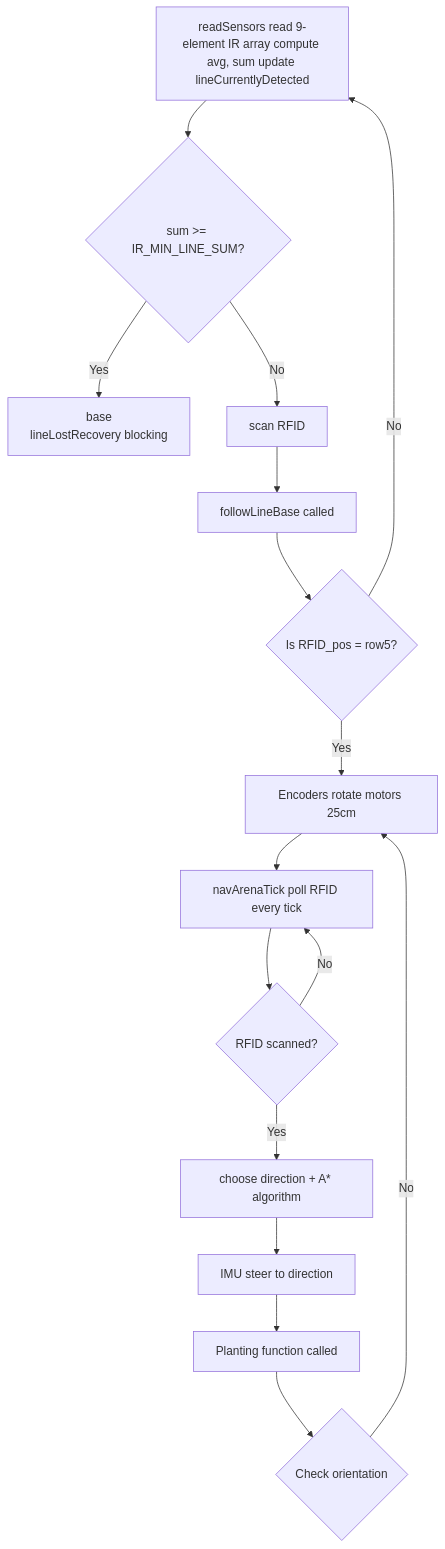
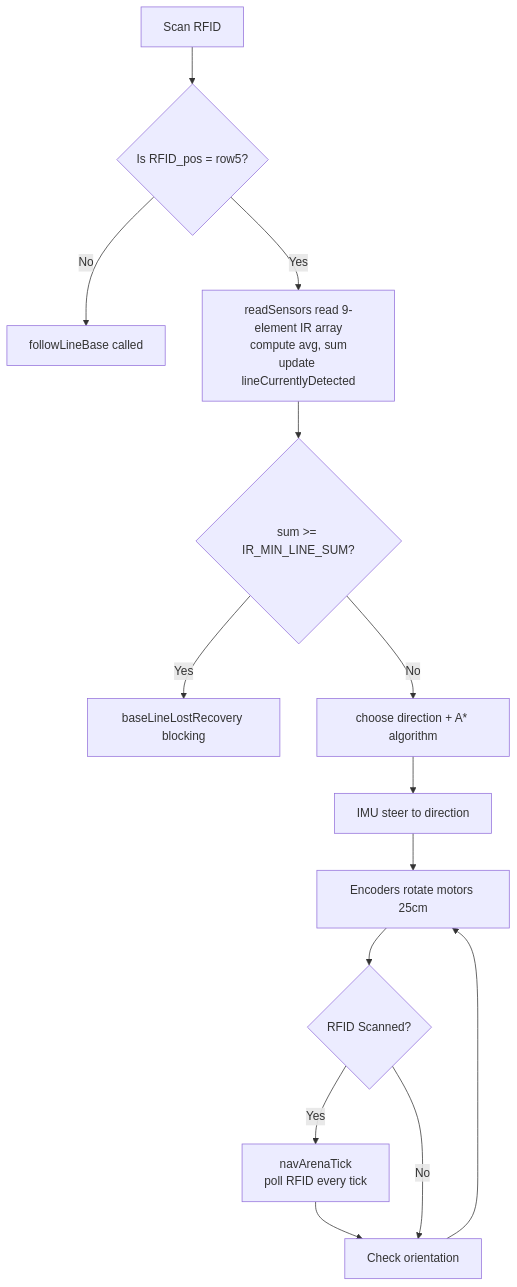
One commit to Stanleyhoo1/Robotics-Challenge changed the ninth of 9 diagrams in docs/flowcharts.md. Above: the diagram before and after it, drawn with Mermaid.

Commit message:
Update path planning flowchart in docs
Revised the flowchart for path planning in the second half of the arena, updating the logic and flow of operations.

````diff
--- a/docs/flowcharts.md
+++ b/docs/flowcharts.md
@@ -275,19 +275,16 @@
 ```mermaid
     flowchart TD
-    A[readSensors read 9-element IR array compute avg, sum update lineCurrentlyDetected] --> B{sum >= IR_MIN_LINE_SUM?}
-    B -->|Yes| C[base
-    lineLostRecovery blocking]
-    B -->|No| D[scan RFID]
-    D --> E[followLineBase called]
-    E --> F{Is RFID_pos = row5?}
-    F -->|Yes| G[Encoders rotate motors 25cm]
-    F -->|No| A
-    G --> H[navArenaTick poll RFID every tick]
-    H --> I{RFID scanned?}
-    I -->|Yes| J[choose direction + A* algorithm]
-    I -->|No| H
-    J --> K[IMU steer to direction]
+    A[Scan RFID] --> B{Is RFID_pos = row5?}
+    B -- No --> C[followLineBase called]
+    B -- Yes -->D[readSensors read 9-element IR array<br/>compute avg, sum<br/>update lineCurrentlyDetected]
+    D --> E{sum >= IR_MIN_LINE_SUM?}
+    E -- Yes --> F[baseLineLostRecovery blocking]
+    E -- No --> G[choose direction + A* algorithm]
+    G --> H[IMU steer to direction]
+    H --> I[Encoders rotate motors 25cm]
+    I --> J{RFID Scanned?}
+    J -- Yes --> K[navArenaTick<br/>poll RFID every tick]
     K --> L[Planting function called]
-    L --> M{Check orientation}
-    M -->|No| G
+    J -- No --> L[Check orientation]
+    L --> I
 ```
````
